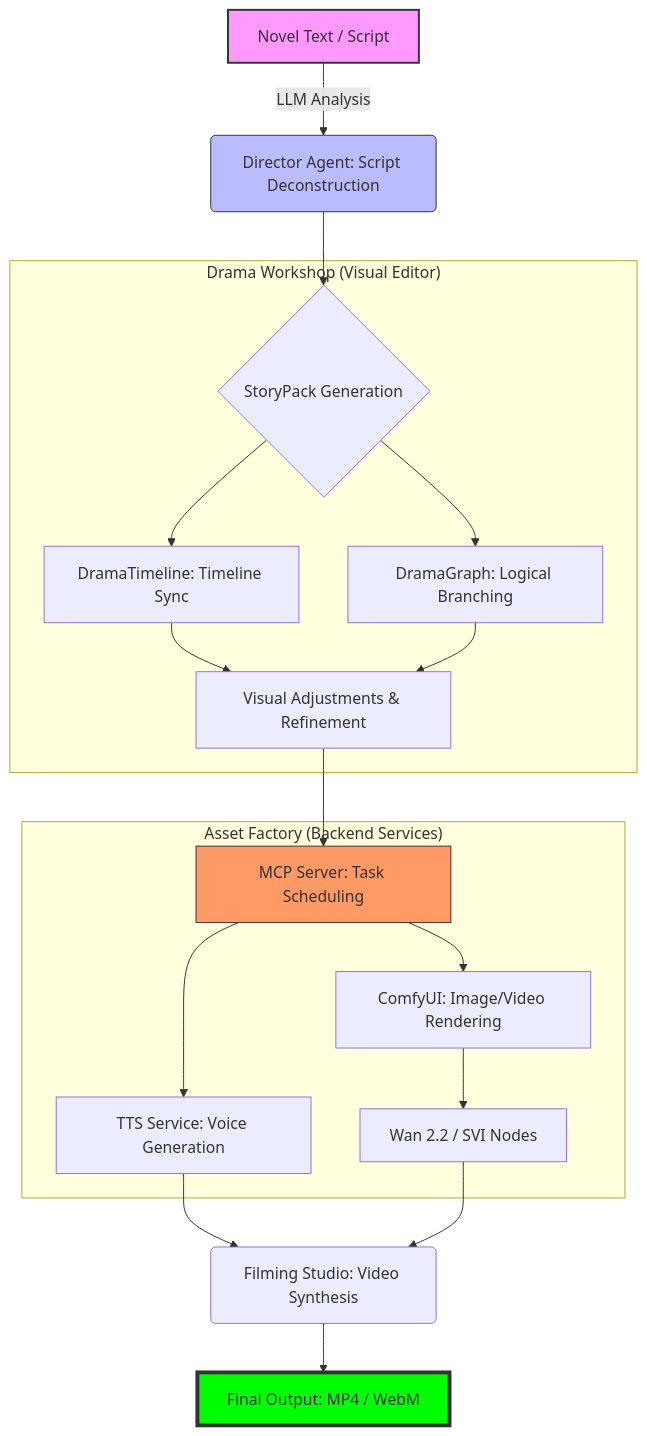
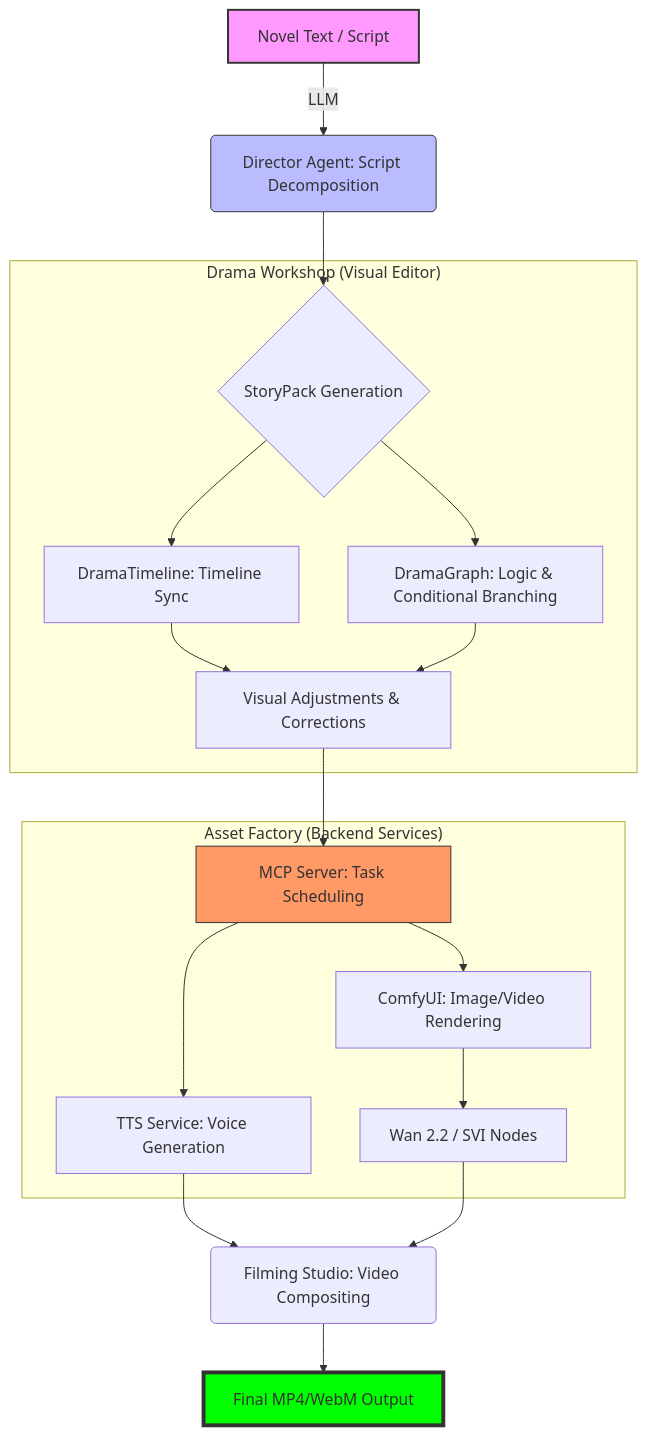
Before and after one commit to AtsushiHarimoto/portfolio: the diagram in public/knowledge/en/12_diagrams/07.Drama_Production_Workflow.md, drawn with Mermaid. The commit also changed other lines of this file and 7 other files, not shown here.

Commit message:
docs: 充實 12_diagrams 07-10 日英版完整翻譯（AKIRA 風格+架構解說）

````diff
--- a/public/knowledge/en/12_diagrams/07.Drama_Production_Workflow.md
+++ b/public/knowledge/en/12_diagrams/07.Drama_Production_Workflow.md
@@ -11,27 +16,27 @@
 ```mermaid
 graph TD
-    A[Novel Text / Script] -->|LLM Analysis| B(Director Agent: Script Deconstruction)
+    A[Novel Text / Script] -->|LLM| B(Director Agent: Script Decomposition)
     B --> C{StoryPack Generation}
 
     subgraph "Drama Workshop (Visual Editor)"
         C --> D[DramaTimeline: Timeline Sync]
-        C --> E[DramaGraph: Logical Branching]
-        D & E --> F[Visual Adjustments & Refinement]
+        C --> E[DramaGraph: Logic & Conditional Branching]
+        D & E --> F[Visual Adjustments & Corrections]
     end
 
     F --> G[MCP Server: Task Scheduling]
 
     subgraph "Asset Factory (Backend Services)"
         G --> H[TTS Service: Voice Generation]
         G --> I[ComfyUI: Image/Video Rendering]
         I --> J[Wan 2.2 / SVI Nodes]
     end
 
-    H & J --> K(Filming Studio: Video Synthesis)
-    K --> L[Final Output: MP4 / WebM]
+    H & J --> K(Filming Studio: Video Compositing)
+    K --> L[Final MP4/WebM Output]
 
     style A fill:#f9f,stroke:#333,stroke-width:2px
     style L fill:#00ff00,stroke:#333,stroke-width:4px
     style B fill:#bbf,stroke:#333
     style G fill:#f96,stroke:#333
 ```
````
